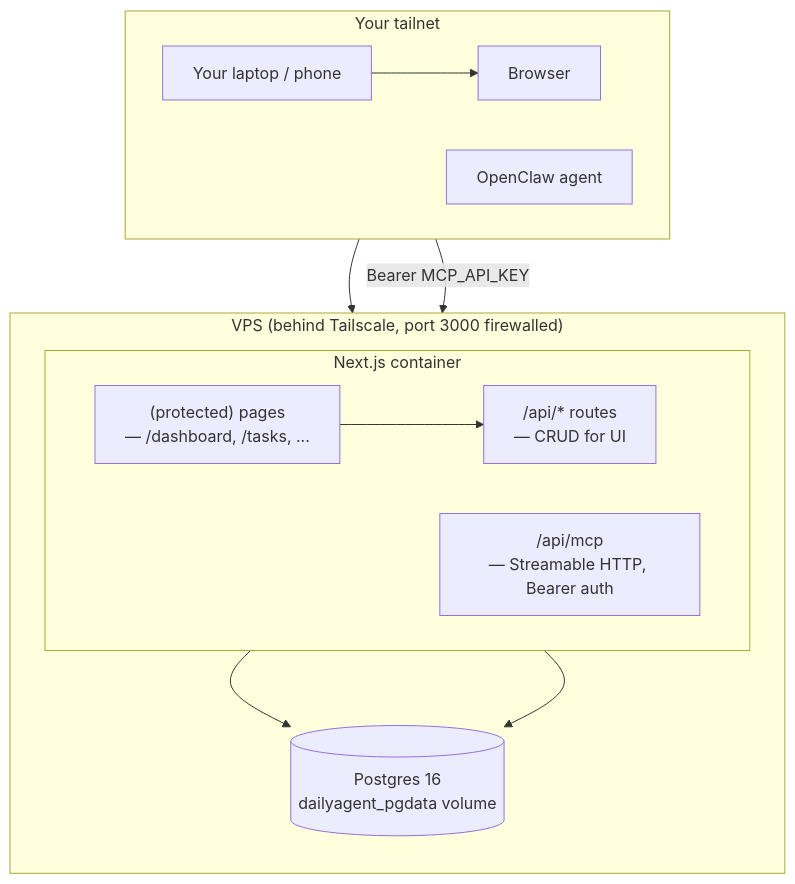
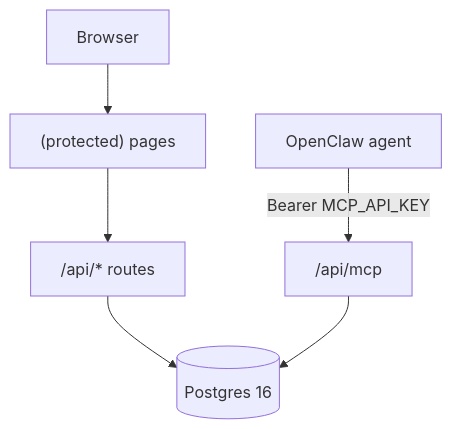
The first of 2 diagrams in docs/architecture.md (WalrusQuant/mcp-dailyagent), drawn with Mermaid before and after one commit. The commit also changed other lines of this file and 16 other files, not shown here.

````diff
--- a/docs/architecture.md
+++ b/docs/architecture.md
@@ -7,27 +7,8 @@
 ```mermaid
-flowchart TB
-    subgraph Tailnet["Your tailnet"]
-        direction LR
-        Browser[Browser]
-        OC[OpenClaw agent]
-        Laptop[Your laptop / phone]
-    end
-
-    subgraph VPS["VPS (behind Tailscale, port 3000 firewalled)"]
-        direction TB
-        subgraph App["Next.js container"]
-            direction LR
-            Pages["(protected) pages<br/>— /dashboard, /tasks, ..."]
-            APIv1["/api/* routes<br/>— CRUD for UI"]
-            MCPRoute["/api/mcp<br/>— Streamable HTTP, Bearer auth"]
-        end
-        DB[(Postgres 16<br/>dailyagent_pgdata volume)]
-    end
-
-    Browser --> Pages
-    Pages --> APIv1
-    OC -->|Bearer MCP_API_KEY| MCPRoute
-    Laptop --> Browser
-    APIv1 --> DB
+flowchart TD
+    Browser[Browser] --> Pages["(protected) pages"]
+    OC[OpenClaw agent] -->|Bearer MCP_API_KEY| MCPRoute["/api/mcp"]
+    Pages --> APIv1["/api/* routes"]
+    APIv1 --> DB[(Postgres 16)]
     MCPRoute --> DB
 ```
````
